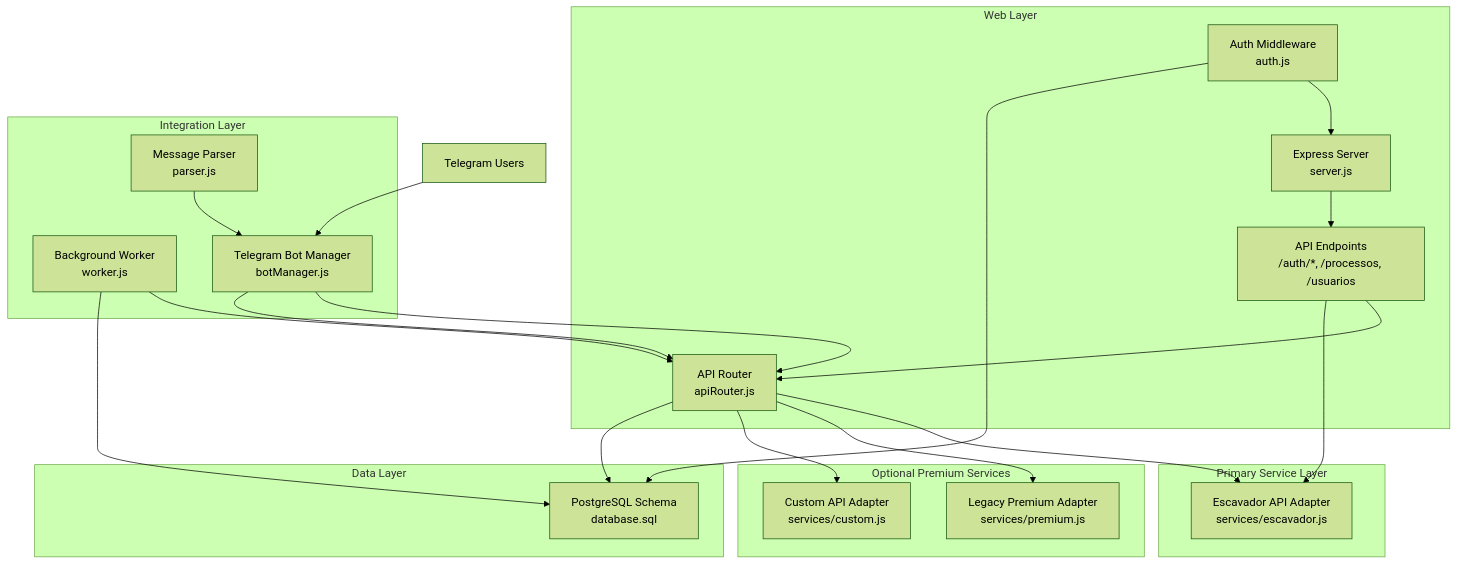
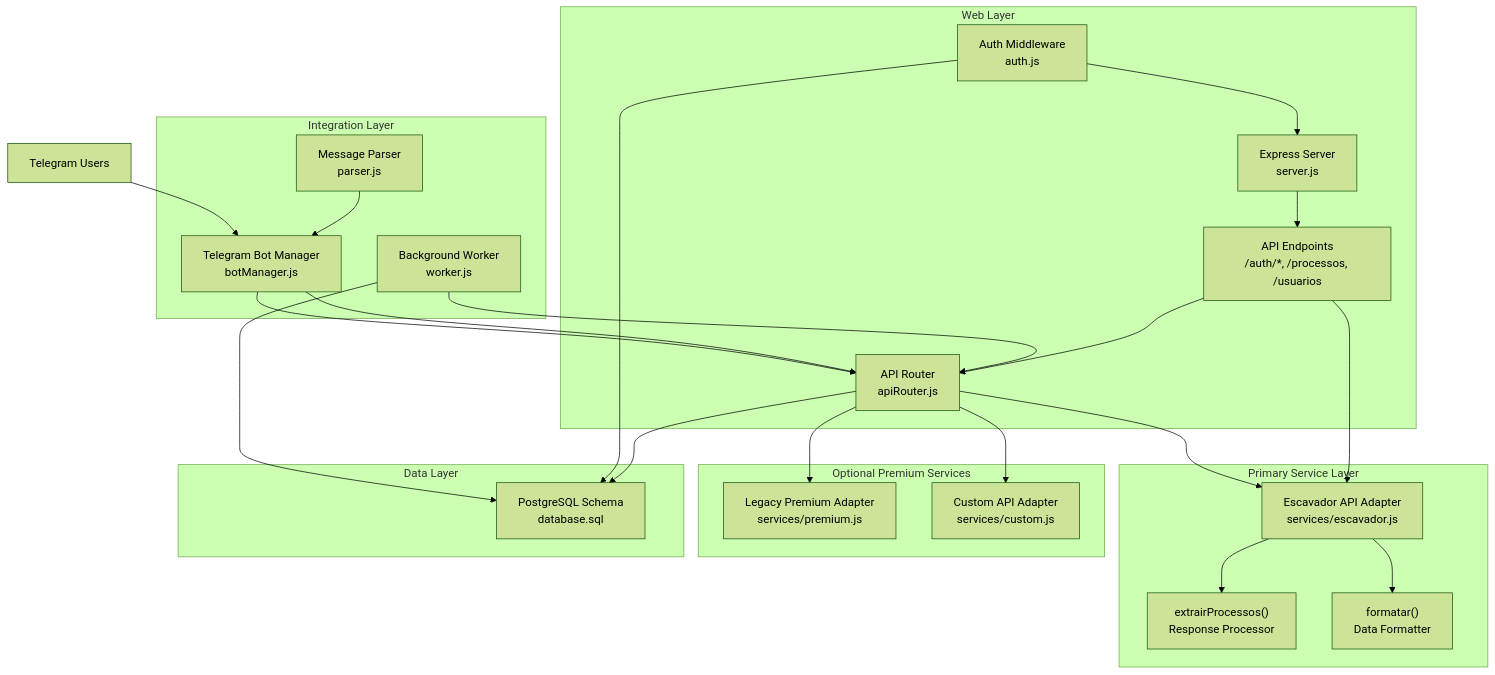
One commit to Alexandrexicara/bot-processos changed the first of 13 diagrams in .qoder/repowiki/en/content/API Integration Layer/API Integration Layer.md. Above: the diagram before and after it, drawn with Mermaid (forest theme). The commit also changed other lines of this file and 2 other files, not shown here.

````diff
--- a/.qoder/repowiki/en/content/API Integration Layer/API Integration Layer.md
+++ b/.qoder/repowiki/en/content/API Integration Layer/API Integration Layer.md
@@ -55,39 +56,41 @@
 ```mermaid
 graph TB
 subgraph "Web Layer"
 API["API Router<br/>apiRouter.js"]
 AUTH["Auth Middleware<br/>auth.js"]
 SERVER["Express Server<br/>server.js"]
 ENDPOINT["API Endpoints<br/>/auth/*, /processos, /usuarios"]
 ENDPOINT --> API
 AUTH --> SERVER
 SERVER --> ENDPOINT
 end
 subgraph "Primary Service Layer"
 ESCAVADOR["Escavador API Adapter<br/>services/escavador.js"]
+ESCAVADOR --> EXTRACT["extrairProcessos()<br/>Response Processor"]
+ESCAVADOR --> FORMAT["formatar()<br/>Data Formatter"]
 end
 subgraph "Optional Premium Services"
 PREMIUM["Legacy Premium Adapter<br/>services/premium.js"]
 CUSTOM["Custom API Adapter<br/>services/custom.js"]
 end
 subgraph "Integration Layer"
 WORKER["Background Worker<br/>worker.js"]
 BOT["Telegram Bot Manager<br/>botManager.js"]
 PARSER["Message Parser<br/>parser.js"]
 ENDPOINT --> ESCAVADOR
 API --> ESCAVADOR
 API --> PREMIUM
 API --> CUSTOM
 WORKER --> API
 BOT --> API
 PARSER --> BOT
 end
 subgraph "Data Layer"
 DB["PostgreSQL Schema<br/>database.sql"]
 end
 CLIENT["Telegram Users"] --> BOT
 BOT --> API
 API --> DB
 AUTH --> DB
 WORKER --> DB
 ```
````
